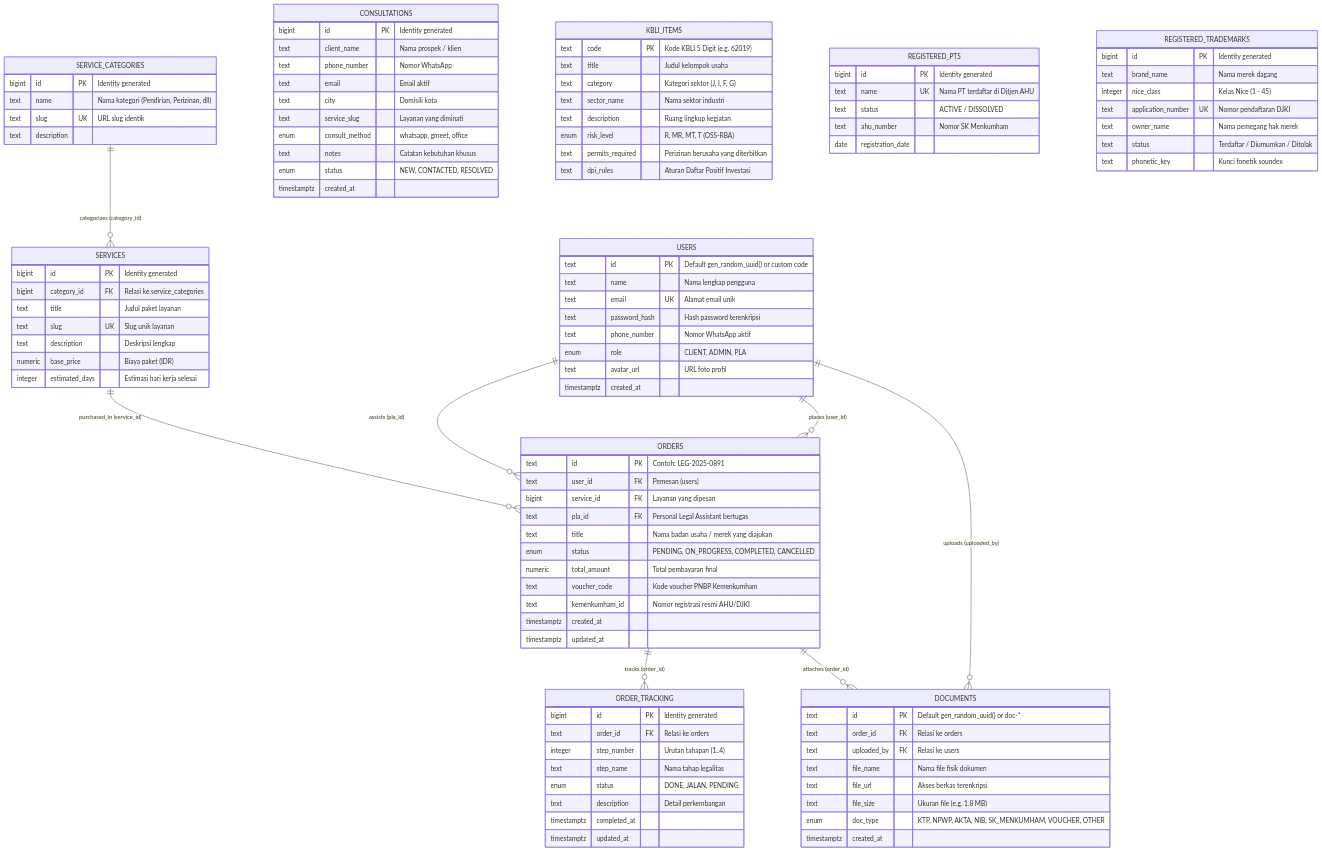
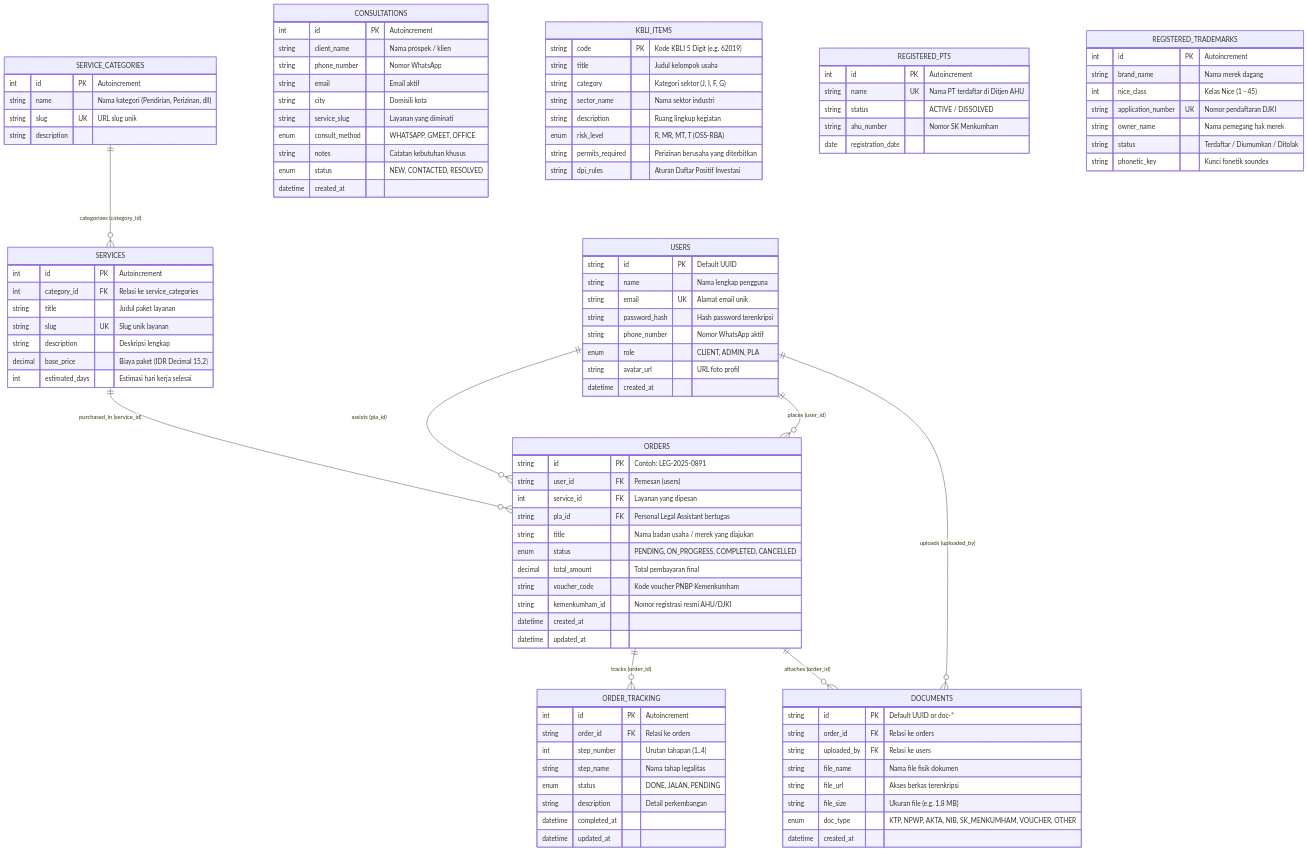
Before and after one commit to HukumTA/LegalTA: the diagram in ERD.Md, drawn with Mermaid. The commit also changed other lines of this file and 13 other files, not shown here.

````diff
--- a/ERD.Md
+++ b/ERD.Md
@@ -20,108 +20,108 @@
     ORDERS ||--o{ DOCUMENTS : "attaches (order_id)"
 
     USERS {
-        text id PK "Default gen_random_uuid() or custom code"
-        text name "Nama lengkap pengguna"
-        text email UK "Alamat email unik"
-        text password_hash "Hash password terenkripsi"
-        text phone_number "Nomor WhatsApp aktif"
+        string id PK "Default UUID"
+        string name "Nama lengkap pengguna"
+        string email UK "Alamat email unik"
+        string password_hash "Hash password terenkripsi"
+        string phone_number "Nomor WhatsApp aktif"
         enum role "CLIENT, ADMIN, PLA"
-        text avatar_url "URL foto profil"
-        timestamptz created_at
+        string avatar_url "URL foto profil"
+        datetime created_at
     }
 
     SERVICE_CATEGORIES {
-        bigint id PK "Identity generated"
-        text name "Nama kategori (Pendirian, Perizinan, dll)"
-        text slug UK "URL slug identik"
-        text description
+        int id PK "Autoincrement"
+        string name "Nama kategori (Pendirian, Perizinan, dll)"
+        string slug UK "URL slug unik"
+        string description
     }
 
     SERVICES {
-        bigint id PK "Identity generated"
-        bigint category_id FK "Relasi ke service_categories"
-        text title "Judul paket layanan"
-        text slug UK "Slug unik layanan"
-        text description "Deskripsi lengkap"
-        numeric base_price "Biaya paket (IDR)"
-        integer estimated_days "Estimasi hari kerja selesai"
+        int id PK "Autoincrement"
+        int category_id FK "Relasi ke service_categories"
+        string title "Judul paket layanan"
+        string slug UK "Slug unik layanan"
+        string description "Deskripsi lengkap"
+        decimal base_price "Biaya paket (IDR Decimal 15,2)"
+        int estimated_days "Estimasi hari kerja selesai"
     }
 
     ORDERS {
-        text id PK "Contoh: LEG-2025-0891"
-        text user_id FK "Pemesan (users)"
-        bigint service_id FK "Layanan yang dipesan"
-        text pla_id FK "Personal Legal Assistant bertugas"
-        text title "Nama badan usaha / merek yang diajukan"
+        string id PK "Contoh: LEG-2025-0891"
+        string user_id FK "Pemesan (users)"
+        int service_id FK "Layanan yang dipesan"
+        string pla_id FK "Personal Legal Assistant bertugas"
+        string title "Nama badan usaha / merek yang diajukan"
         enum status "PENDING, ON_PROGRESS, COMPLETED, CANCELLED"
-        numeric total_amount "Total pembayaran final"
-        text voucher_code "Kode voucher PNBP Kemenkumham"
-        text kemenkumham_id "Nomor registrasi resmi AHU/DJKI"
-        timestamptz created_at
-        timestamptz updated_at
+        decimal total_amount "Total pembayaran final"
+        string voucher_code "Kode voucher PNBP Kemenkumham"
+        string kemenkumham_id "Nomor registrasi resmi AHU/DJKI"
+        datetime created_at
+        datetime updated_at
     }
 
     ORDER_TRACKING {
-        bigint id PK "Identity generated"
-        text order_id FK "Relasi ke orders"
-        integer step_number "Urutan tahapan (1..4)"
-        text step_name "Nama tahap legalitas"
+        int id PK "Autoincrement"
+        string order_id FK "Relasi ke orders"
+        int step_number "Urutan tahapan (1..4)"
+        string step_name "Nama tahap legalitas"
         enum status "DONE, JALAN, PENDING"
-        text description "Detail perkembangan"
-        timestamptz completed_at
-        timestamptz updated_at
+        string description "Detail perkembangan"
+        datetime completed_at
+        datetime updated_at
     }
 
     DOCUMENTS {
-        text id PK "Default gen_random_uuid() or doc-*"
-        text order_id FK "Relasi ke orders"
-        text uploaded_by FK "Relasi ke users"
-        text file_name "Nama file fisik dokumen"
-        text file_url "Akses berkas terenkripsi"
-        text file_size "Ukuran file (e.g. 1.8 MB)"
+        string id PK "Default UUID or doc-*"
+        string order_id FK "Relasi ke orders"
+        string uploaded_by FK "Relasi ke users"
+        string file_name "Nama file fisik dokumen"
+        string file_url "Akses berkas terenkripsi"
+        string file_size "Ukuran file (e.g. 1.8 MB)"
         enum doc_type "KTP, NPWP, AKTA, NIB, SK_MENKUMHAM, VOUCHER, OTHER"
-        timestamptz created_at
+        datetime created_at
     }
 
     CONSULTATIONS {
-        bigint id PK "Identity generated"
-        text client_name "Nama prospek / klien"
-        text phone_number "Nomor WhatsApp"
-        text email "Email aktif"
-        text city "Domisili kota"
-        text service_slug "Layanan yang diminati"
-        enum consult_method "whatsapp, gmeet, office"
-        text notes "Catatan kebutuhan khusus"
+        int id PK "Autoincrement"
+        string client_name "Nama prospek / klien"
+        string phone_number "Nomor WhatsApp"
+        string email "Email aktif"
+        string city "Domisili kota"
+        string service_slug "Layanan yang diminati"
+        enum consult_method "WHATSAPP, GMEET, OFFICE"
+        string notes "Catatan kebutuhan khusus"
         enum status "NEW, CONTACTED, RESOLVED"
-        timestamptz created_at
+        datetime created_at
     }
 
     KBLI_ITEMS {
-        text code PK "Kode KBLI 5 Digit (e.g. 62019)"
-        text title "Judul kelompok usaha"
-        text category "Kategori sektor (J, I, F, G)"
-        text sector_name "Nama sektor industri"
-        text description "Ruang lingkup kegiatan"
+        string code PK "Kode KBLI 5 Digit (e.g. 62019)"
+        string title "Judul kelompok usaha"
+        string category "Kategori sektor (J, I, F, G)"
+        string sector_name "Nama sektor industri"
+        string description "Ruang lingkup kegiatan"
         enum risk_level "R, MR, MT, T (OSS-RBA)"
-        text permits_required "Perizinan berusaha yang diterbitkan"
-        text dpi_rules "Aturan Daftar Positif Investasi"
+        string permits_required "Perizinan berusaha yang diterbitkan"
+        string dpi_rules "Aturan Daftar Positif Investasi"
     }
 
     REGISTERED_PTS {
-        bigint id PK "Identity generated"
-        text name UK "Nama PT terdaftar di Ditjen AHU"
-        text status "ACTIVE / DISSOLVED"
-        text ahu_number "Nomor SK Menkumham"
+        int id PK "Autoincrement"
+        string name UK "Nama PT terdaftar di Ditjen AHU"
+        string status "ACTIVE / DISSOLVED"
+        string ahu_number "Nomor SK Menkumham"
         date registration_date
     }
 
     REGISTERED_TRADEMARKS {
-        bigint id PK "Identity generated"
-        text brand_name "Nama merek dagang"
-        integer nice_class "Kelas Nice (1 - 45)"
-        text application_number UK "Nomor pendaftaran DJKI"
-        text owner_name "Nama pemegang hak merek"
-        text status "Terdaftar / Diumumkan / Ditolak"
-        text phonetic_key "Kunci fonetik soundex"
+        int id PK "Autoincrement"
+        string brand_name "Nama merek dagang"
+        int nice_class "Kelas Nice (1 - 45)"
+        string application_number UK "Nomor pendaftaran DJKI"
+        string owner_name "Nama pemegang hak merek"
+        string status "Terdaftar / Diumumkan / Ditolak"
+        string phonetic_key "Kunci fonetik soundex"
     }
 ```
````
